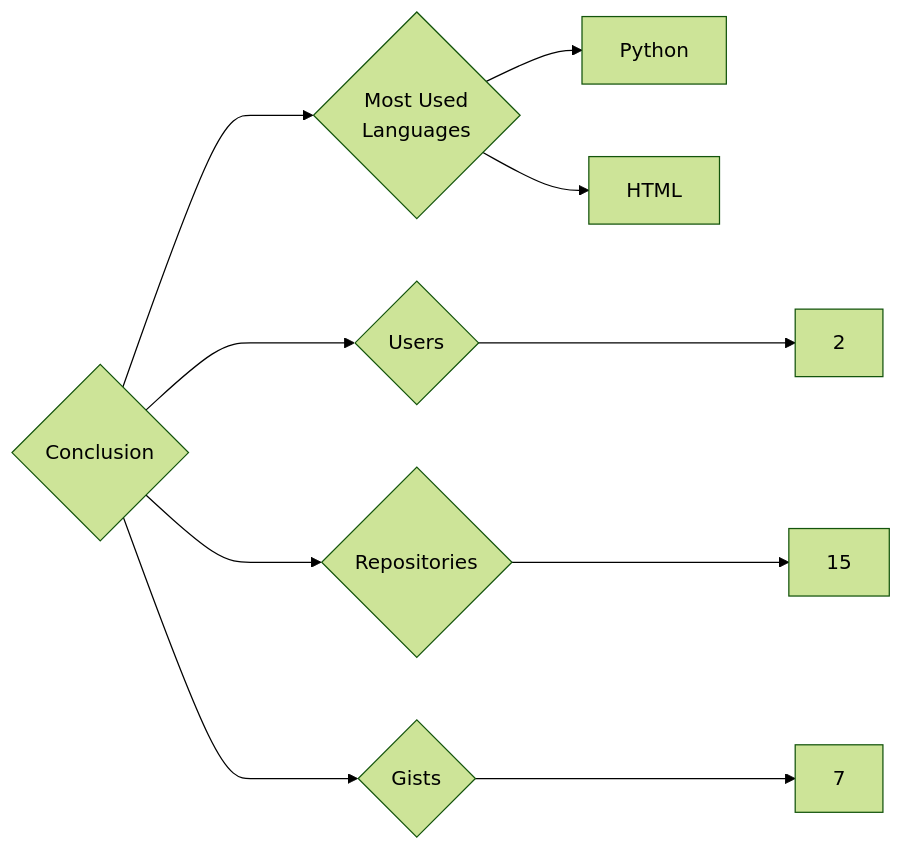
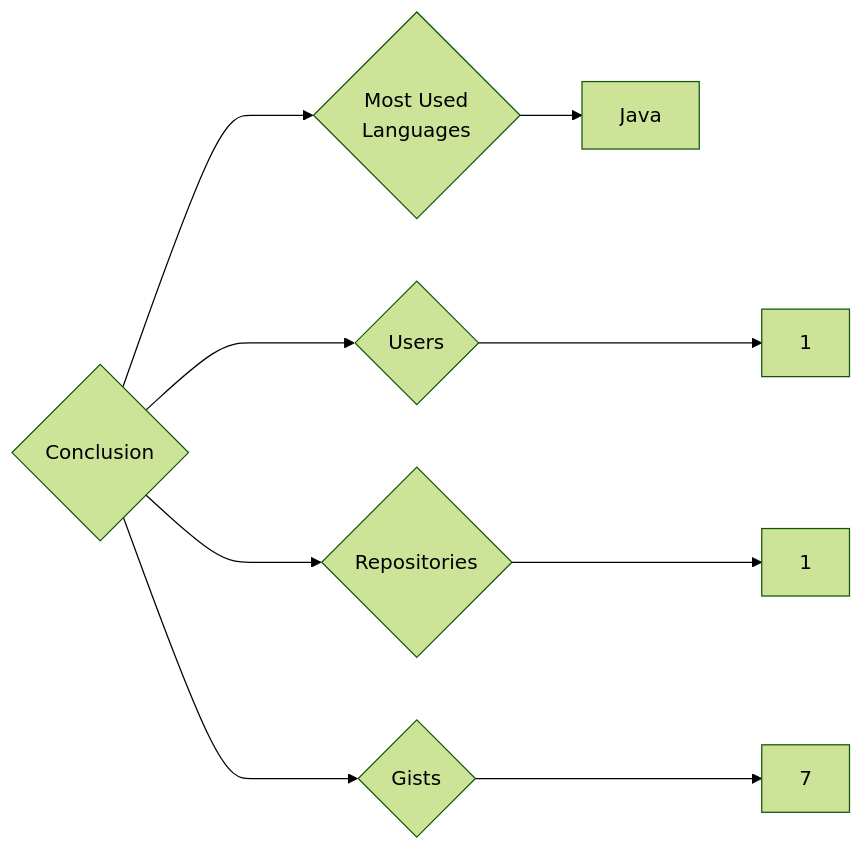
The diagram in targets/Conclusion/README.md (trickest/insiders), drawn with Mermaid (forest theme) before and after one commit. The commit also changed 809 other files, not shown here.

````diff
--- a/targets/Conclusion/README.md
+++ b/targets/Conclusion/README.md
@@ -3,10 +3,9 @@
 ```mermaid
 graph LR
 COMPANY_NAME{Conclusion}
-COMPANY_NAME ---> U{Users} ---> UN[2]
-COMPANY_NAME ---> R{Repositories} ---> RN[15]
+COMPANY_NAME ---> U{Users} ---> UN[1]
+COMPANY_NAME ---> R{Repositories} ---> RN[1]
 COMPANY_NAME ---> G{Gists} ---> GN[7]
 COMPANY_NAME ---> ML{Most Used<br>Languages}
-ML --> Python[Python]
-ML --> HTML[HTML]
+ML --> Java[Java]
 ```
````
